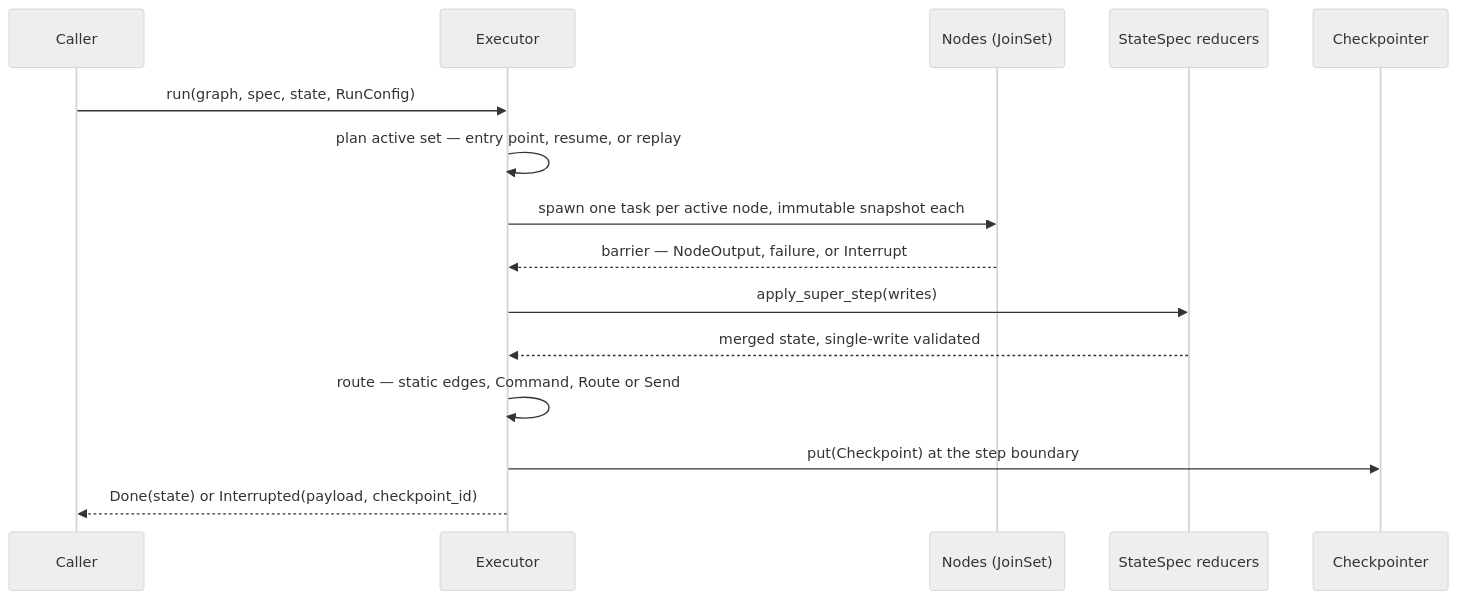
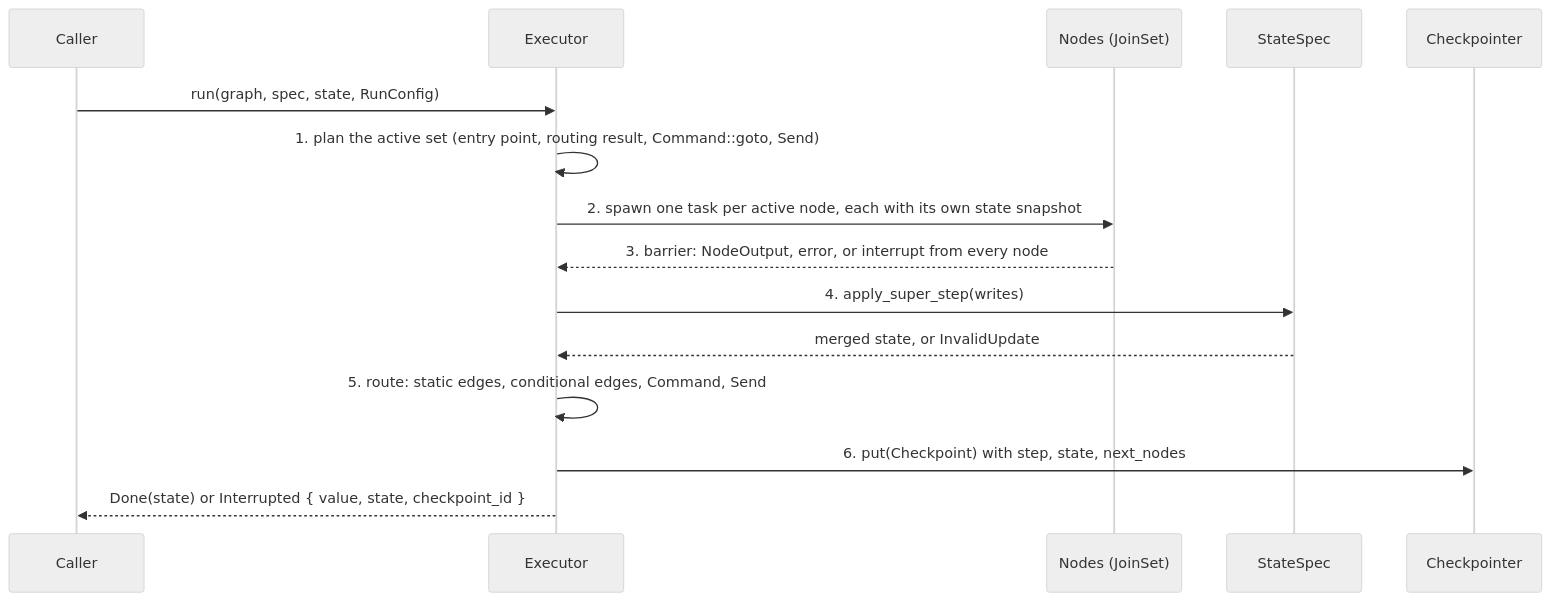
The second of 2 diagrams in aboutrusty/guide/02-mental-model.md (dev-amjad-shaikh/aboutrusty-site), drawn with Mermaid (neutral theme) before and after one commit. The commit also changed other lines of this file and 9 other files, not shown here.

````diff
--- a/aboutrusty/guide/02-mental-model.md
+++ b/aboutrusty/guide/02-mental-model.md
@@ -88,17 +88,17 @@
 ```mermaid
 sequenceDiagram
     participant C as Caller
     participant X as Executor
     participant N as Nodes (JoinSet)
-    participant R as StateSpec reducers
+    participant R as StateSpec
     participant K as Checkpointer
     C->>X: run(graph, spec, state, RunConfig)
-    X->>X: plan active set — entry point, resume, or replay
-    X->>N: spawn one task per active node, immutable snapshot each
-    N-->>X: barrier — NodeOutput, failure, or Interrupt
-    X->>R: apply_super_step(writes)
-    R-->>X: merged state, single-write validated
-    X->>X: route — static edges, Command, Route or Send
-    X->>K: put(Checkpoint) at the step boundary
-    X-->>C: Done(state) or Interrupted(payload, checkpoint_id)
+    X->>X: 1. plan the active set (entry point, routing result, Command::goto, Send)
+    X->>N: 2. spawn one task per active node, each with its own state snapshot
+    N-->>X: 3. barrier: NodeOutput, error, or interrupt from every node
+    X->>R: 4. apply_super_step(writes)
+    R-->>X: merged state, or InvalidUpdate
+    X->>X: 5. route: static edges, conditional edges, Command, Send
+    X->>K: 6. put(Checkpoint) with step, state, next_nodes
+    X-->>C: Done(state) or Interrupted { value, state, checkpoint_id }
 ```
````
